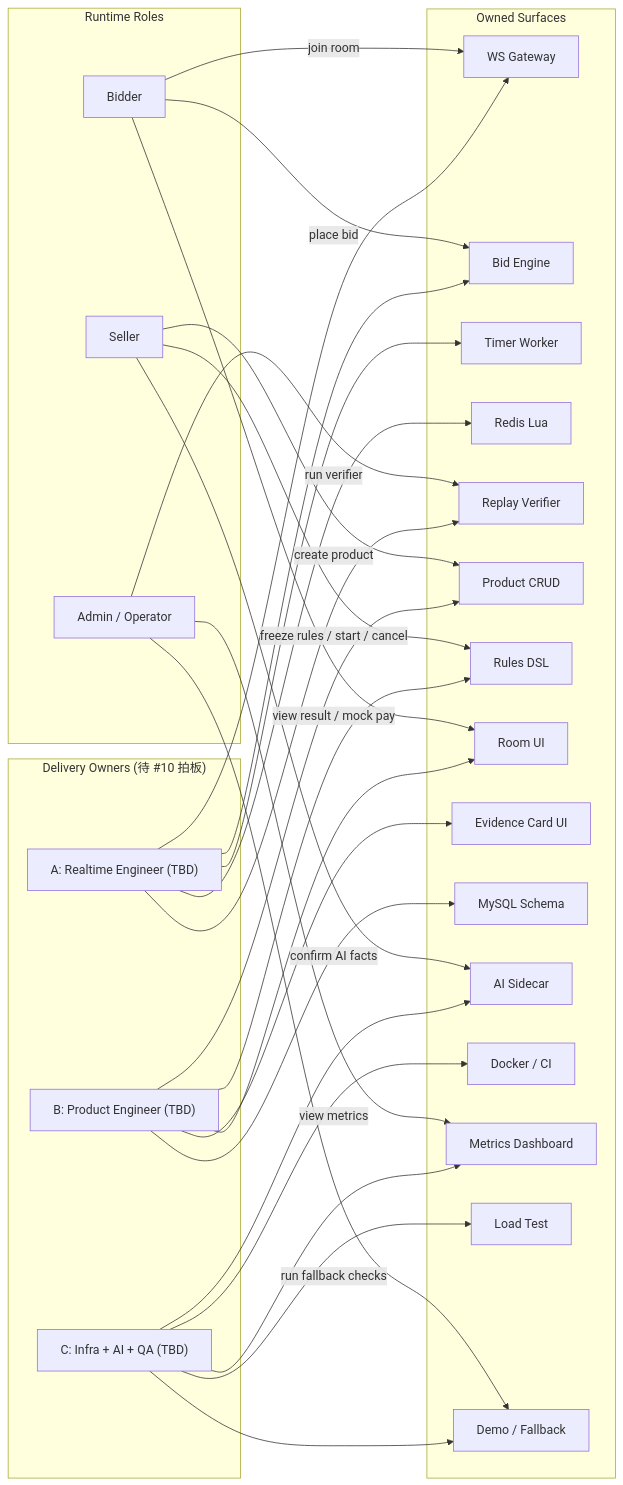
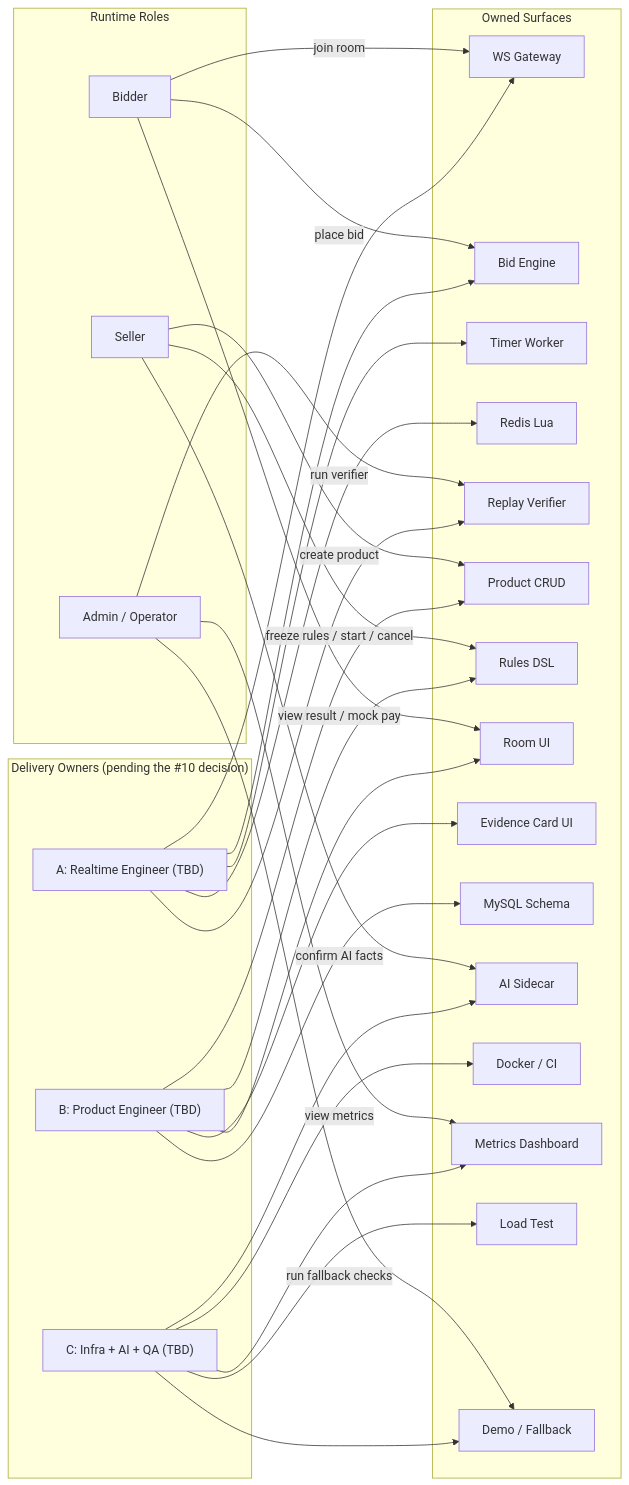
The diagram in docs/diagrams/07-team-rbac.mmd (Eliaaazzz/live-auction-system), drawn with Mermaid before and after one commit. The commit also changed 59 other files, not shown here.

```diff
--- a/docs/diagrams/07-team-rbac.mmd
+++ b/docs/diagrams/07-team-rbac.mmd
@@ -1,58 +1,58 @@
-%% NOTE: A/B/C 是 V8 §5 提供的角色框架；具体人员认领待 Sprint 0 issue #10 拍板。
-%% 当前为占位 (TBD)。三方在 #10 comment 区拍完 Q3+Q6 后会更新本图标注实际姓名。
+%% NOTE: A/B/C is the role framework from V8 §5; who claims each role is decided in Sprint 0 issue #10.
+%% Placeholders for now (TBD). Once the three of us settle Q3+Q6 in the #10 comments, this diagram gets the real names.
 flowchart LR
-  subgraph Team["Delivery Owners (待 #10 拍板)"]
+  subgraph Team["Delivery Owners (pending the #10 decision)"]
     A["A: Realtime Engineer (TBD)"]
     B["B: Product Engineer (TBD)"]
     C["C: Infra + AI + QA (TBD)"]
   end
 
   subgraph System["Owned Surfaces"]
     WS["WS Gateway"]
     BE["Bid Engine"]
     TW["Timer Worker"]
     LUA["Redis Lua"]
     RV["Replay Verifier"]
     CRUD["Product CRUD"]
     RULES["Rules DSL"]
     UI["Room UI"]
     CARD["Evidence Card UI"]
     SQL["MySQL Schema"]
     AI["AI Sidecar"]
     CI["Docker / CI"]
     MET["Metrics Dashboard"]
     LOAD["Load Test"]
     DEMO["Demo / Fallback"]
   end
 
   subgraph Users["Runtime Roles"]
     Seller["Seller"]
     Bidder["Bidder"]
     Operator["Admin / Operator"]
   end
 
   A --> WS
   A --> BE
   A --> TW
   A --> LUA
   A --> RV
   B --> CRUD
   B --> RULES
   B --> UI
   B --> CARD
   B --> SQL
   C --> AI
   C --> CI
   C --> MET
   C --> LOAD
   C --> DEMO
 
   Seller -->|"create product"| CRUD
   Seller -->|"confirm AI facts"| AI
   Seller -->|"freeze rules / start / cancel"| RULES
   Bidder -->|"join room"| WS
   Bidder -->|"place bid"| BE
   Bidder -->|"view result / mock pay"| UI
   Operator -->|"view metrics"| MET
   Operator -->|"run verifier"| RV
   Operator -->|"run fallback checks"| DEMO
```
